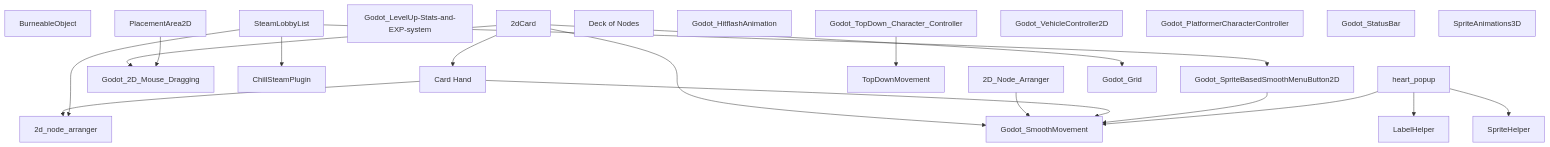
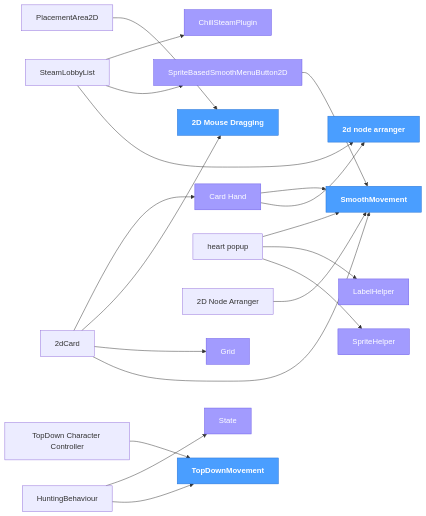
The diagram in ADDONS.md (ChillCube/.github), drawn with Mermaid before and after one commit. The commit also changed other lines of this file, not shown here.

Commit message:
registry: update dependency tree

````diff
--- a/ADDONS.md
+++ b/ADDONS.md
@@ -78,67 +79,74 @@
 ```mermaid
-flowchart TD
-    n_2D_Node_Arranger["2D_Node_Arranger"]
-    Godot_2D_Mouse_Dragging["Godot_2D_Mouse_Dragging"]
+flowchart LR
+    classDef core  fill:#4a9eff,stroke:#2471d4,color:#fff,font-weight:bold
+    classDef shared fill:#a29bfe,stroke:#6c5ce7,color:#fff
+
+    Card_Hand["Card Hand"]
+    ChillSteamPlugin["ChillSteamPlugin"]
+    Godot_2D_Mouse_Dragging["2D Mouse Dragging"]
+    Godot_Grid["Grid"]
+    Godot_SmoothMovement["SmoothMovement"]
+    Godot_SpriteBasedSmoothMenuButton2D["SpriteBasedSmoothMenuButton2D"]
+    Godot_TopDown_Character_Controller["TopDown Character Controller"]
+    heart_popup["heart popup"]
+    HuntingBehaviour["HuntingBehaviour"]
+    LabelHelper["LabelHelper"]
+    n_2dCard["2dCard"]
+    n_2d_node_arranger["2d node arranger"]
+    n_2D_Node_Arranger["2D Node Arranger"]
+    PlacementArea2D["PlacementArea2D"]
     SpriteHelper["SpriteHelper"]
-    ChillSteamPlugin["ChillSteamPlugin"]
-    BurneableObject["BurneableObject"]
-    Godot_TopDown_Character_Controller["Godot_TopDown_Character_Controller"]
-    n_2d_node_arranger["2d_node_arranger"]
-    LabelHelper["LabelHelper"]
-    PlacementArea2D["PlacementArea2D"]
-    Godot_LevelUp_Stats_and_EXP_system["Godot_LevelUp-Stats-and-EXP-system"]
-    Godot_SpriteBasedSmoothMenuButton2D["Godot_SpriteBasedSmoothMenuButton2D"]
+    State["State"]
     SteamLobbyList["SteamLobbyList"]
-    Deck_of_Nodes["Deck of Nodes"]
-    Godot_HitflashAnimation["Godot_HitflashAnimation"]
-    n_2dCard["2dCard"]
-    Godot_VehicleController2D["Godot_VehicleController2D"]
-    Card_Hand["Card Hand"]
-    Godot_PlatformerCharacterController["Godot_PlatformerCharacterController"]
-    Godot_StatusBar["Godot_StatusBar"]
-    SpriteAnimations3D["SpriteAnimations3D"]
     TopDownMovement["TopDownMovement"]
-    heart_popup["heart_popup"]
-    Godot_Grid["Godot_Grid"]
-    Godot_SmoothMovement["Godot_SmoothMovement"]
-    n_2dCard --> Godot_SmoothMovement
-    n_2dCard --> Godot_2D_Mouse_Dragging
-    n_2dCard --> Card_Hand
-    n_2dCard --> Godot_Grid
-    n_2D_Node_Arranger --> Godot_SmoothMovement
+
+    Card_Hand --> Godot_SmoothMovement
     Card_Hand --> n_2d_node_arranger
-    Card_Hand --> Godot_SmoothMovement
     Godot_SpriteBasedSmoothMenuButton2D --> Godot_SmoothMovement
     Godot_TopDown_Character_Controller --> TopDownMovement
     heart_popup --> Godot_SmoothMovement
     heart_popup --> LabelHelper
     heart_popup --> SpriteHelper
+    HuntingBehaviour --> State
+    HuntingBehaviour --> TopDownMovement
+    n_2dCard --> Card_Hand
+    n_2dCard --> Godot_2D_Mouse_Dragging
+    n_2dCard --> Godot_Grid
+    n_2dCard --> Godot_SmoothMovement
+    n_2D_Node_Arranger --> Godot_SmoothMovement
     PlacementArea2D --> Godot_2D_Mouse_Dragging
     SteamLobbyList --> ChillSteamPlugin
+    SteamLobbyList --> Godot_SpriteBasedSmoothMenuButton2D
     SteamLobbyList --> n_2d_node_arranger
-    SteamLobbyList --> Godot_SpriteBasedSmoothMenuButton2D
-    click n_2D_Node_Arranger href "https://github.com/ChillCube/2d_node_arranger" _blank
+
+    class Card_Hand shared
+    class ChillSteamPlugin shared
+    class Godot_2D_Mouse_Dragging core
+    class Godot_Grid shared
+    class Godot_SmoothMovement core
+    class Godot_SpriteBasedSmoothMenuButton2D shared
+    class LabelHelper shared
+    class n_2d_node_arranger core
+    class SpriteHelper shared
+    class State shared
+    class TopDownMovement core
+
+    click Card_Hand href "https://github.com/ChillCube/Card_Hand" _blank
+    click ChillSteamPlugin href "https://github.com/ChillCube/ChillSteamPlugin" _blank
     click Godot_2D_Mouse_Dragging href "https://github.com/ChillCube/Godot_2D_Mouse_Dragging" _blank
-    click SpriteHelper href "https://github.com/ChillCube/SpriteHelper" _blank
-    click ChillSteamPlugin href "https://github.com/ChillCube/ChillSteamPlugin" _blank
-    click BurneableObject href "https://github.com/ChillCube/BurneableObject" _blank
-    click Godot_TopDown_Character_Controller href "https://github.com/ChillCube/Godot_TopDown_Character_Controller" _blank
-    click n_2d_node_arranger href "https://github.com/ChillCube/2d_node_arranger" _blank
-    click LabelHelper href "https://github.com/ChillCube/LabelHelper" _blank
-    click PlacementArea2D href "https://github.com/ChillCube/PlacementArea2D" _blank
-    click Godot_LevelUp_Stats_and_EXP_system href "https://github.com/ChillCube/Godot_LevelUp-Stats-and-EXP-system" _blank
-    click Godot_SpriteBasedSmoothMenuButton2D href "https://github.com/ChillCube/Godot_SpriteBasedSmoothMenuButton2D" _blank
-    click SteamLobbyList href "https://github.com/ChillCube/SteamLobbyList" _blank
-    click Deck_of_Nodes href "https://github.com/ChillCube/Deck_of_Nodes" _blank
-    click Godot_HitflashAnimation href "https://github.com/ChillCube/Godot_HitflashAnimation" _blank
-    click n_2dCard href "https://github.com/ChillCube/2dCard" _blank
-    click Godot_VehicleController2D href "https://github.com/ChillCube/Godot_VehicleController2D" _blank
-    click Card_Hand href "https://github.com/ChillCube/Card_Hand" _blank
-    click Godot_PlatformerCharacterController href "https://github.com/ChillCube/Godot_PlatformerCharacterController" _blank
-    click Godot_StatusBar href "https://github.com/ChillCube/Godot_StatusBar" _blank
-    click SpriteAnimations3D href "https://github.com/ChillCube/SpriteAnimations3D" _blank
-    click TopDownMovement href "https://github.com/ChillCube/TopDownMovement" _blank
-    click heart_popup href "https://github.com/ChillCube/heart_popup" _blank
     click Godot_Grid href "https://github.com/ChillCube/Godot_Grid" _blank
     click Godot_SmoothMovement href "https://github.com/ChillCube/Godot_SmoothMovement" _blank
+    click Godot_SpriteBasedSmoothMenuButton2D href "https://github.com/ChillCube/Godot_SpriteBasedSmoothMenuButton2D" _blank
+    click Godot_TopDown_Character_Controller href "https://github.com/ChillCube/Godot_TopDown_Character_Controller" _blank
+    click heart_popup href "https://github.com/ChillCube/heart_popup" _blank
+    click HuntingBehaviour href "https://github.com/ChillCube/HuntingBehaviour" _blank
+    click LabelHelper href "https://github.com/ChillCube/LabelHelper" _blank
+    click n_2dCard href "https://github.com/ChillCube/2dCard" _blank
+    click n_2d_node_arranger href "https://github.com/ChillCube/2d_node_arranger" _blank
+    click n_2D_Node_Arranger href "https://github.com/ChillCube/2d_node_arranger" _blank
+    click PlacementArea2D href "https://github.com/ChillCube/PlacementArea2D" _blank
+    click SpriteHelper href "https://github.com/ChillCube/SpriteHelper" _blank
+    click State href "https://github.com/ChillCube/State" _blank
+    click SteamLobbyList href "https://github.com/ChillCube/SteamLobbyList" _blank
+    click TopDownMovement href "https://github.com/ChillCube/TopDownMovement" _blank
 ```
````
